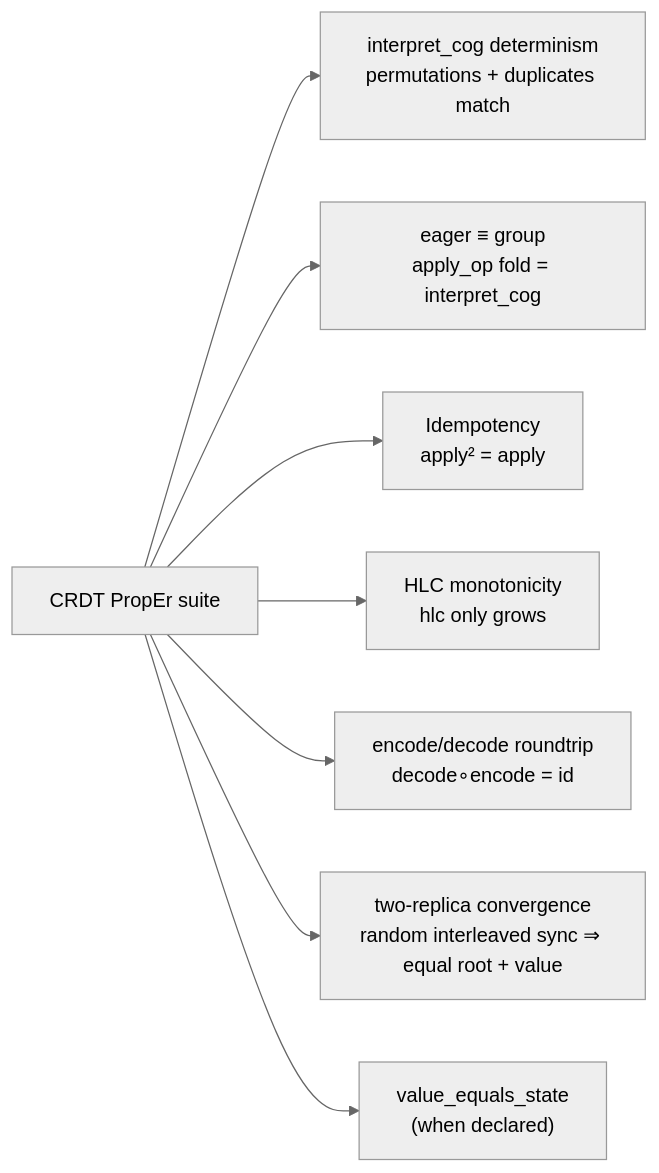
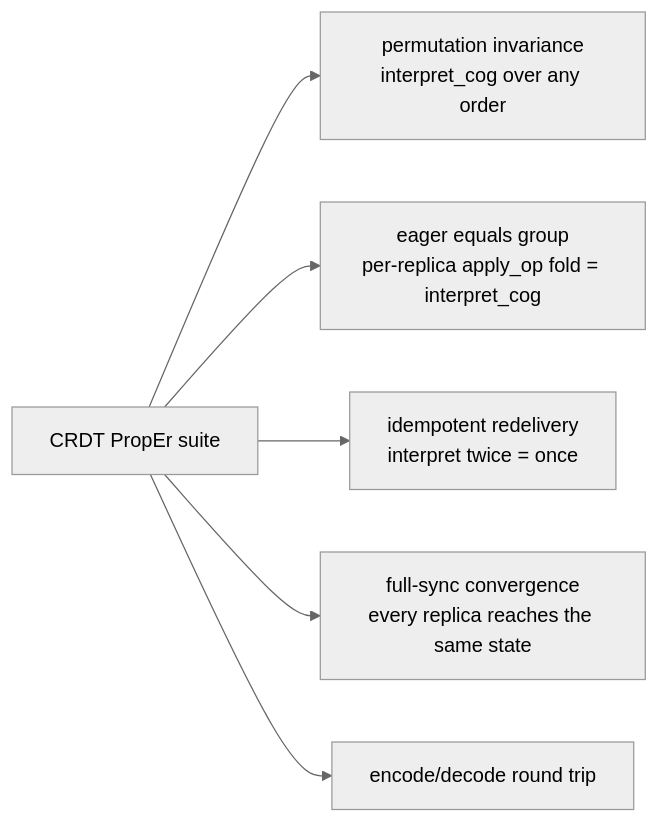
Before and after one commit to bondy-io/bondy: the fifth of 5 diagrams in apps/bondy_db/doc_extras/architecture/05_crdt_model.md, drawn with Mermaid (neutral theme). The commit also changed other lines of this file and 449 other files, not shown here.

````diff
--- a/apps/bondy_db/doc_extras/architecture/05_crdt_model.md
+++ b/apps/bondy_db/doc_extras/architecture/05_crdt_model.md
@@ -481,18 +502,14 @@
 ```mermaid
 flowchart LR
-    P1["interpret_cog determinism<br/>permutations + duplicates match"]
-    P2["eager ≡ group<br/>apply_op fold = interpret_cog"]
-    P3["Idempotency<br/>apply² = apply"]
-    P4["HLC monotonicity<br/>hlc only grows"]
-    P5["encode/decode roundtrip<br/>decode∘encode = id"]
-    P6["two-replica convergence<br/>random interleaved sync ⇒ equal root + value"]
-    P7["value_equals_state<br/>(when declared)"]
+    P1["permutation invariance<br/>interpret_cog over any order"]
+    P2["eager equals group<br/>per-replica apply_op fold = interpret_cog"]
+    P3["idempotent redelivery<br/>interpret twice = once"]
+    P4["full-sync convergence<br/>every replica reaches the same state"]
+    P5["encode/decode round trip"]
 
     SUITE[CRDT PropEr suite] --> P1
     SUITE --> P2
     SUITE --> P3
     SUITE --> P4
     SUITE --> P5
-    SUITE --> P6
-    SUITE --> P7
 ```
````
